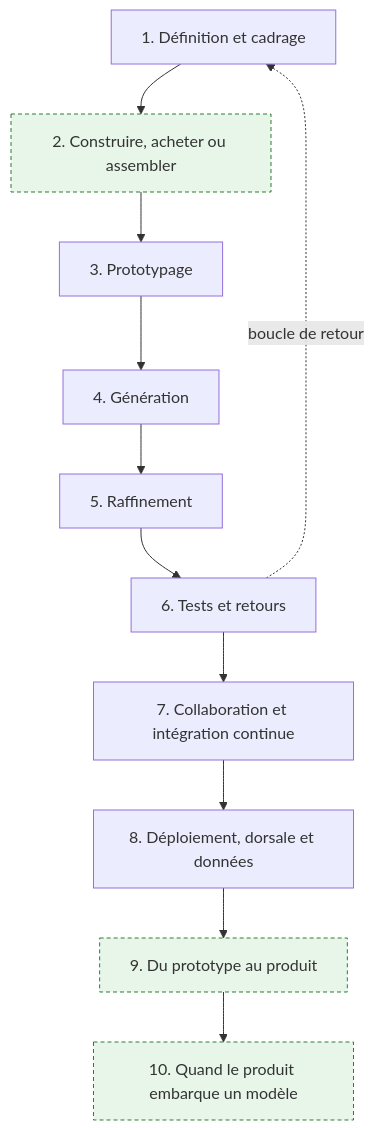
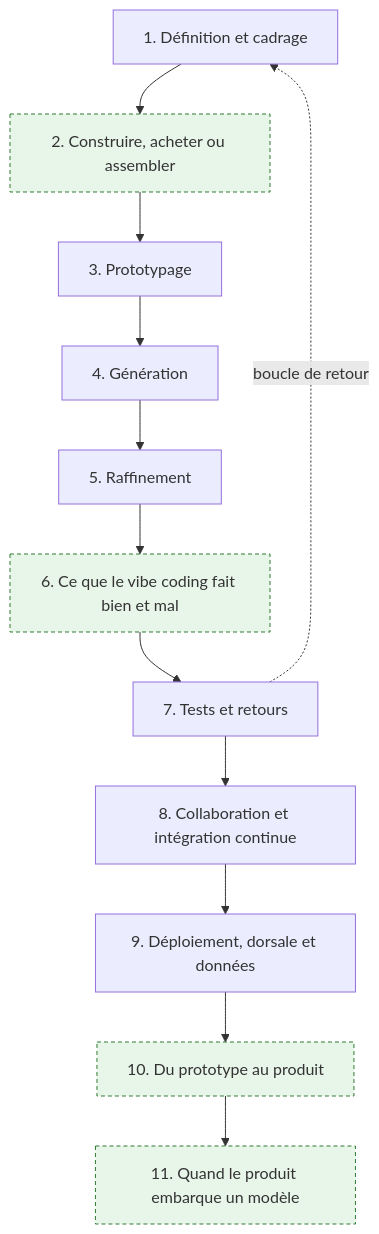
One commit to floSa/Atlas-Metiers-Roadmaps changed the first of 13 diagrams in content/parcours/ai-product-builder.md. Above: the diagram before and after it, drawn with Mermaid.

Commit message:
Aligner la vue macro sur la numerotation finale des sections

````diff
--- a/content/parcours/ai-product-builder.md
+++ b/content/parcours/ai-product-builder.md
@@ -19,14 +19,15 @@
 ```mermaid
 flowchart TD
   A["1. Définition et cadrage"] --> B["2. Construire, acheter ou assembler"]:::ajout
   B --> C["3. Prototypage"]
   C --> D["4. Génération"]
   D --> E["5. Raffinement"]
-  E --> F["6. Tests et retours"]
-  F --> G["7. Collaboration et intégration continue"]
-  G --> H["8. Déploiement, dorsale et données"]
-  H --> I["9. Du prototype au produit"]:::ajout
-  I --> J["10. Quand le produit embarque un modèle"]:::ajout
-  F -.->|"boucle de retour"| A
+  E --> F["6. Ce que le vibe coding fait bien et mal"]:::ajout
+  F --> G["7. Tests et retours"]
+  G --> H["8. Collaboration et intégration continue"]
+  H --> I["9. Déploiement, dorsale et données"]
+  I --> J["10. Du prototype au produit"]:::ajout
+  J --> K["11. Quand le produit embarque un modèle"]:::ajout
+  G -.->|"boucle de retour"| A
   classDef ajout fill:#e8f5e9,stroke:#2e7d32,stroke-width:1px,stroke-dasharray:4 3
 ```
````
